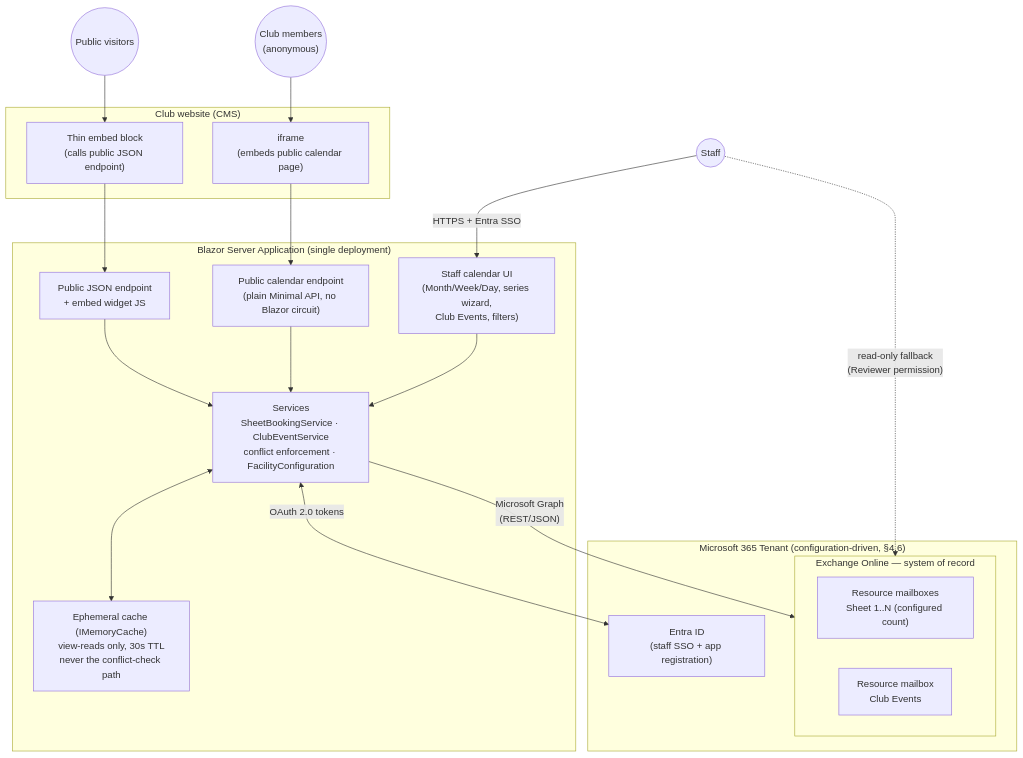
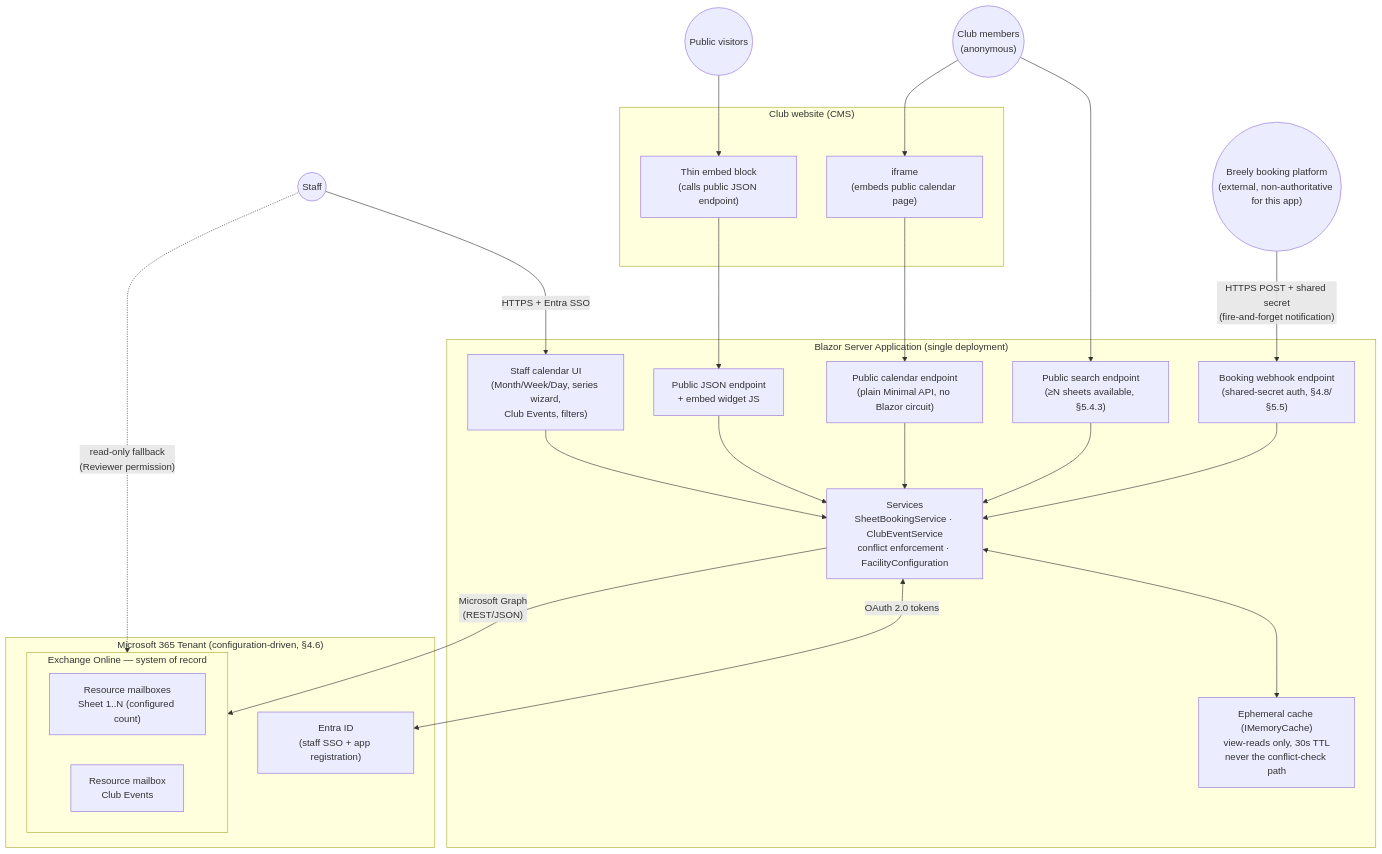
The diagram in docs/curling-facility-scheduling-architecture.md (canthe64/Club_Calendar), drawn with Mermaid before and after one commit. The commit also changed other lines of this file and 15 other files, not shown here.

First line of the commit message:
Build real Breely booking webhook integration; sync docs

````diff
--- a/docs/curling-facility-scheduling-architecture.md
+++ b/docs/curling-facility-scheduling-architecture.md
@@ -71,37 +74,45 @@
 ```mermaid
 flowchart TB
     subgraph M365 ["Microsoft 365 Tenant (configuration-driven, §4.6)"]
         EID["Entra ID<br/>(staff SSO + app registration)"]
         subgraph EXO ["Exchange Online — system of record"]
             SN["Resource mailboxes<br/>Sheet 1..N (configured count)"]
             CE["Resource mailbox<br/>Club Events"]
         end
     end
 
     subgraph App ["Blazor Server Application (single deployment)"]
         UI["Staff calendar UI<br/>(Month/Week/Day, series wizard,<br/>Club Events, filters)"]
         API["Services<br/>SheetBookingService · ClubEventService<br/>conflict enforcement · FacilityConfiguration"]
         CACHE["Ephemeral cache (IMemoryCache)<br/>view-reads only, 30s TTL<br/>never the conflict-check path"]
         PUBAPI["Public JSON endpoint<br/>+ embed widget JS"]
         PUBCAL["Public calendar endpoint<br/>(plain Minimal API, no Blazor circuit)"]
+        PUBSEARCH["Public search endpoint<br/>(≥N sheets available, §5.4.3)"]
+        WEBHOOK["Booking webhook endpoint<br/>(shared-secret auth, §4.8/§5.5)"]
     end
 
     subgraph Web ["Club website (CMS)"]
         EMBED["Thin embed block<br/>(calls public JSON endpoint)"]
         IFRAME["iframe<br/>(embeds public calendar page)"]
     end
 
+    BREELY(("Breely booking platform<br/>(external, non-authoritative for this app)"))
+
     STAFF(("Staff")) -->|"HTTPS + Entra SSO"| UI
     MEMBER(("Club members<br/>(anonymous)")) --> IFRAME
+    MEMBER --> PUBSEARCH
     ANON(("Public visitors")) --> EMBED
     STAFF -.->|"read-only fallback<br/>(Reviewer permission)"| EXO
+    BREELY -->|"HTTPS POST + shared secret<br/>(fire-and-forget notification)"| WEBHOOK
 
     UI --> API
     API <--> CACHE
     API -->|"Microsoft Graph<br/>(REST/JSON)"| EXO
     API <-->|"OAuth 2.0 tokens"| EID
     EMBED --> PUBAPI
     IFRAME --> PUBCAL
     PUBAPI --> API
     PUBCAL --> API
+    PUBSEARCH --> API
+    WEBHOOK --> API
 ```
````
